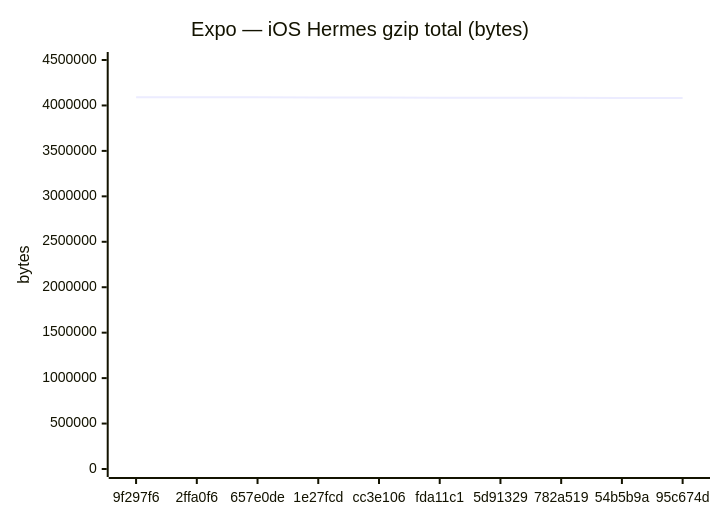
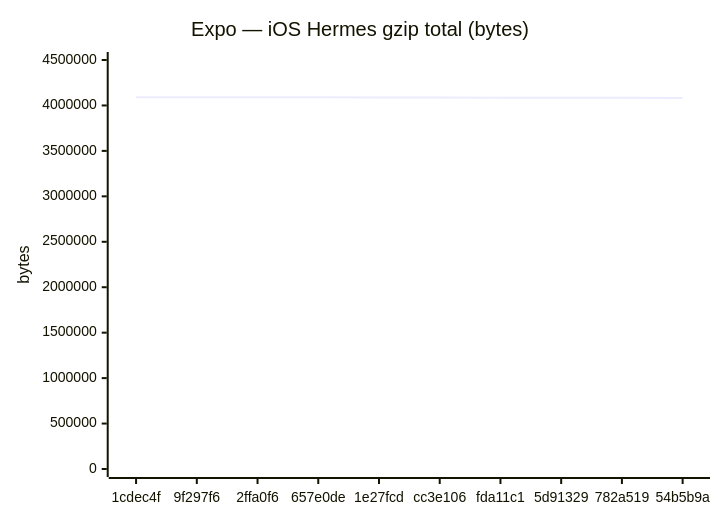
Before and after one commit to Metaheurist/Rianell: the sixth of 18 diagrams in benchmarks/compare.md, drawn with Mermaid. The commit also changed other lines of this file and 11 other files, not shown here.

````diff
--- a/benchmarks/compare.md
+++ b/benchmarks/compare.md
@@ -96,7 +96,7 @@
 ```mermaid
 xychart-beta
     title "Expo — iOS Hermes gzip total (bytes)"
-    x-axis ["9f297f6", "2ffa0f6", "657e0de", "1e27fcd", "cc3e106", "fda11c1", "5d91329", "782a519", "54b5b9a", "95c674d"]
+    x-axis ["1cdec4f", "9f297f6", "2ffa0f6", "657e0de", "1e27fcd", "cc3e106", "fda11c1", "5d91329", "782a519", "54b5b9a"]
     y-axis "bytes" 0 --> 4500158
-    line [4091052, 4091051, 4090884, 4087417, 4087412, 4084812, 4084805, 4084677, 4082348, 4083105]
+    line [4091052, 4091052, 4091051, 4090884, 4087417, 4087412, 4084812, 4084805, 4084677, 4082348]
 ```
````
